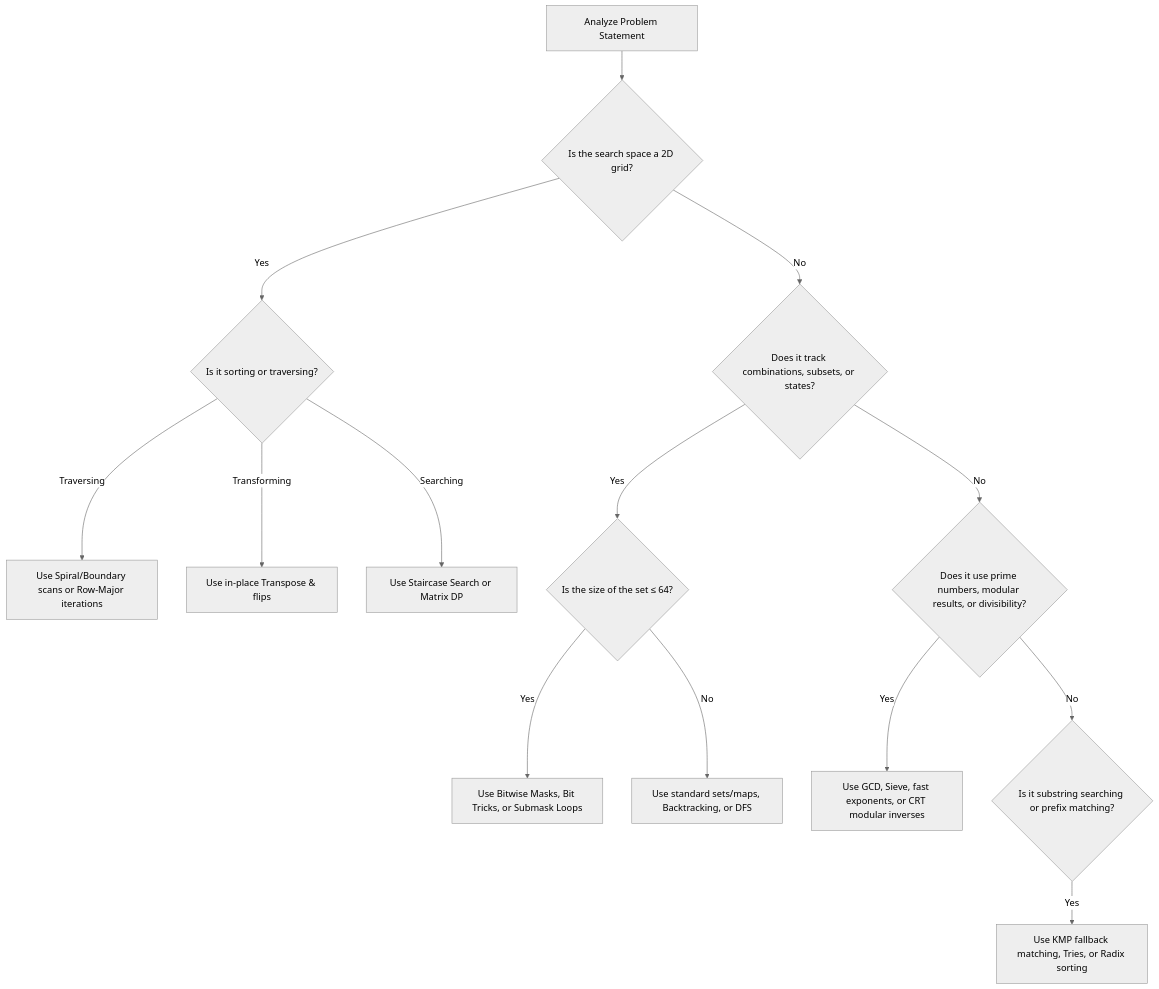
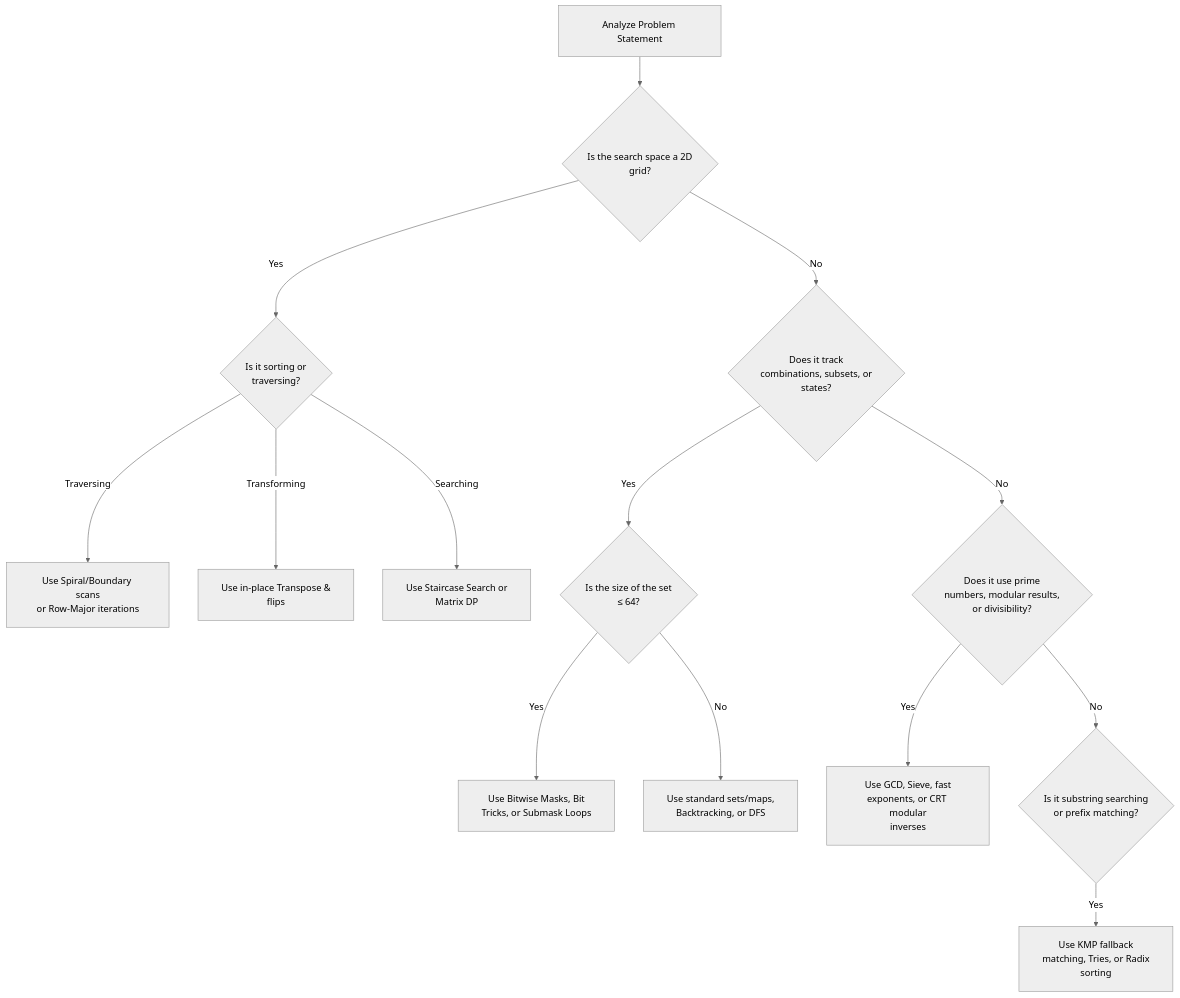
Before and after one commit to dip4k/DSA_102: the diagram in week_14_matrix_backtracking_bits/support files/Week_14_Problem_Solving_Roadmap.md, drawn with Mermaid (neutral theme). The commit also changed 108 other files, not shown here.

First line of the commit message:
fix(mermaid): resolve diagram clipping, padding, and syntax issues across repo

````diff
--- a/week_14_matrix_backtracking_bits/support files/Week_14_Problem_Solving_Roadmap.md
+++ b/week_14_matrix_backtracking_bits/support files/Week_14_Problem_Solving_Roadmap.md
@@ -15,16 +15,17 @@
 ```mermaid
+%%{init: {"flowchart": {"htmlLabels": true, "padding": 20}}}%%
 graph TD
-    A[Analyze Problem Statement] --> B{Is the search space a 2D grid?}
-    B -->|Yes| C{Is it sorting or traversing?}
-    C -->|Traversing| D[Use Spiral/Boundary scans or Row-Major iterations]
-    C -->|Transforming| E[Use in-place Transpose & flips]
-    C -->|Searching| F[Use Staircase Search or Matrix DP]
-    B -->|No| G{Does it track combinations, subsets, or states?}
-    G -->|Yes| H{Is the size of the set &le; 64?}
-    H -->|Yes| I[Use Bitwise Masks, Bit Tricks, or Submask Loops]
-    H -->|No| J[Use standard sets/maps, Backtracking, or DFS]
-    G -->|No| K{Does it use prime numbers, modular results, or divisibility?}
-    K -->|Yes| L[Use GCD, Sieve, fast exponents, or CRT modular inverses]
-    K -->|No| M{Is it substring searching or prefix matching?}
-    M -->|Yes| N[Use KMP fallback matching, Tries, or Radix sorting]
+    A[Analyze Problem Statement] --> B{"Is the search space a 2D<br/>grid?"}
+    B -->|Yes| C{"Is it sorting or<br/>traversing?"}
+    C -->|Traversing| D["Use Spiral/Boundary scans<br/>or Row-Major iterations"]
+    C -->|Transforming| E["Use in-place Transpose &<br/>flips"]
+    C -->|Searching| F["Use Staircase Search or<br/>Matrix DP"]
+    B -->|No| G{"Does it track<br/>combinations, subsets, or<br/>states?"}
+    G -->|Yes| H{"Is the size of the set<br/>&le; 64?"}
+    H -->|Yes| I["Use Bitwise Masks, Bit<br/>Tricks, or Submask Loops"]
+    H -->|No| J["Use standard sets/maps,<br/>Backtracking, or DFS"]
+    G -->|No| K{"Does it use prime<br/>numbers, modular results,<br/>or divisibility?"}
+    K -->|Yes| L["Use GCD, Sieve, fast<br/>exponents, or CRT modular<br/>inverses"]
+    K -->|No| M{"Is it substring searching<br/>or prefix matching?"}
+    M -->|Yes| N["Use KMP fallback<br/>matching, Tries, or Radix<br/>sorting"]
 ```
````
